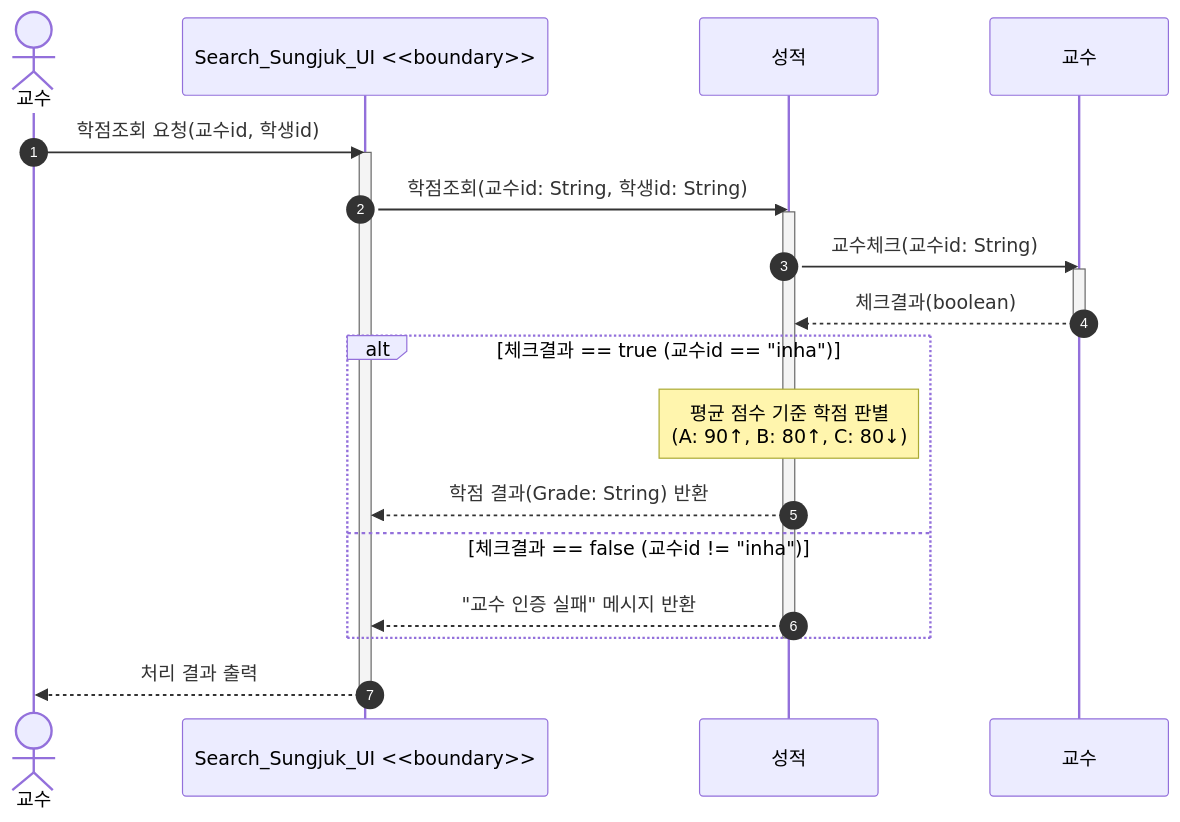
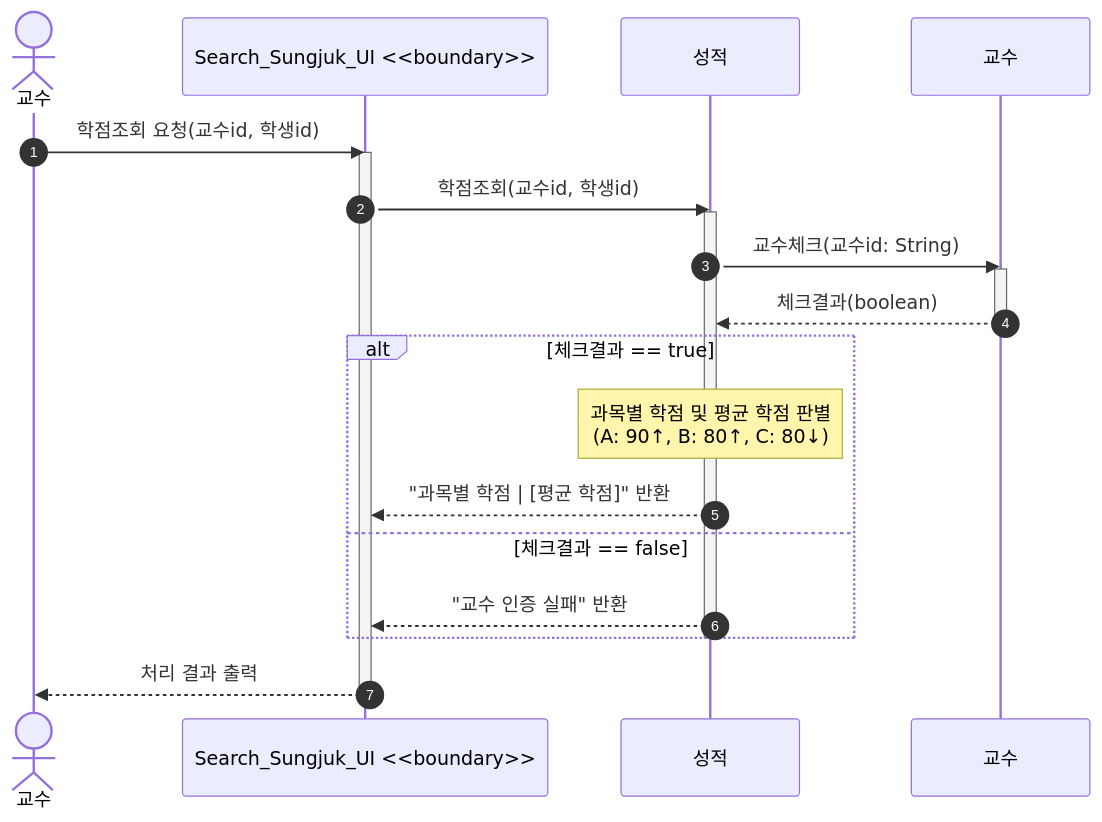
Before and after one commit to ChaJunHo0516/SungJuk_B_05: the diagram in 학점조회 시퀀스 다이어그램.md, drawn with Mermaid. The commit also changed 4 other files, not shown here.

````diff
--- a/학점조회 시퀀스 다이어그램.md
+++ b/학점조회 시퀀스 다이어그램.md
@@ -1,30 +1,30 @@
 ```mermaid
 sequenceDiagram
-autonumber
-actor 교수
-participant UI as Search_Sungjuk_UI <<boundary>>
-participant Score as 성적
-participant Prof as 교수
+    autonumber
+    actor 교수
+    participant UI as Search_Sungjuk_UI <<boundary>>
+    participant Score as 성적
+    participant Prof as 교수
 
     교수->>UI: 학점조회 요청(교수id, 학생id)
     activate UI
 
-    UI->>Score: 학점조회(교수id: String, 학생id: String)
+    UI->>Score: 학점조회(교수id, 학생id)
     activate Score
 
     Score->>Prof: 교수체크(교수id: String)
     activate Prof
     Prof-->>Score: 체크결과(boolean)
     deactivate Prof
 
-    alt 체크결과 == true (교수id == "inha")
-        Note over Score: 평균 점수 기준 학점 판별<br/>(A: 90↑, B: 80↑, C: 80↓)
-        Score-->>UI: 학점 결과(Grade: String) 반환
-    else 체크결과 == false (교수id != "inha")
-        Score-->>UI: "교수 인증 실패" 메시지 반환
+    alt 체크결과 == true
+        Note over Score: 과목별 학점 및 평균 학점 판별<br/>(A: 90↑, B: 80↑, C: 80↓)
+        Score-->>UI: "과목별 학점 | [평균 학점]" 반환
+    else 체크결과 == false
+        Score-->>UI: "교수 인증 실패" 반환
     end
     deactivate Score
 
     UI-->>교수: 처리 결과 출력
     deactivate UI
 ```
````
